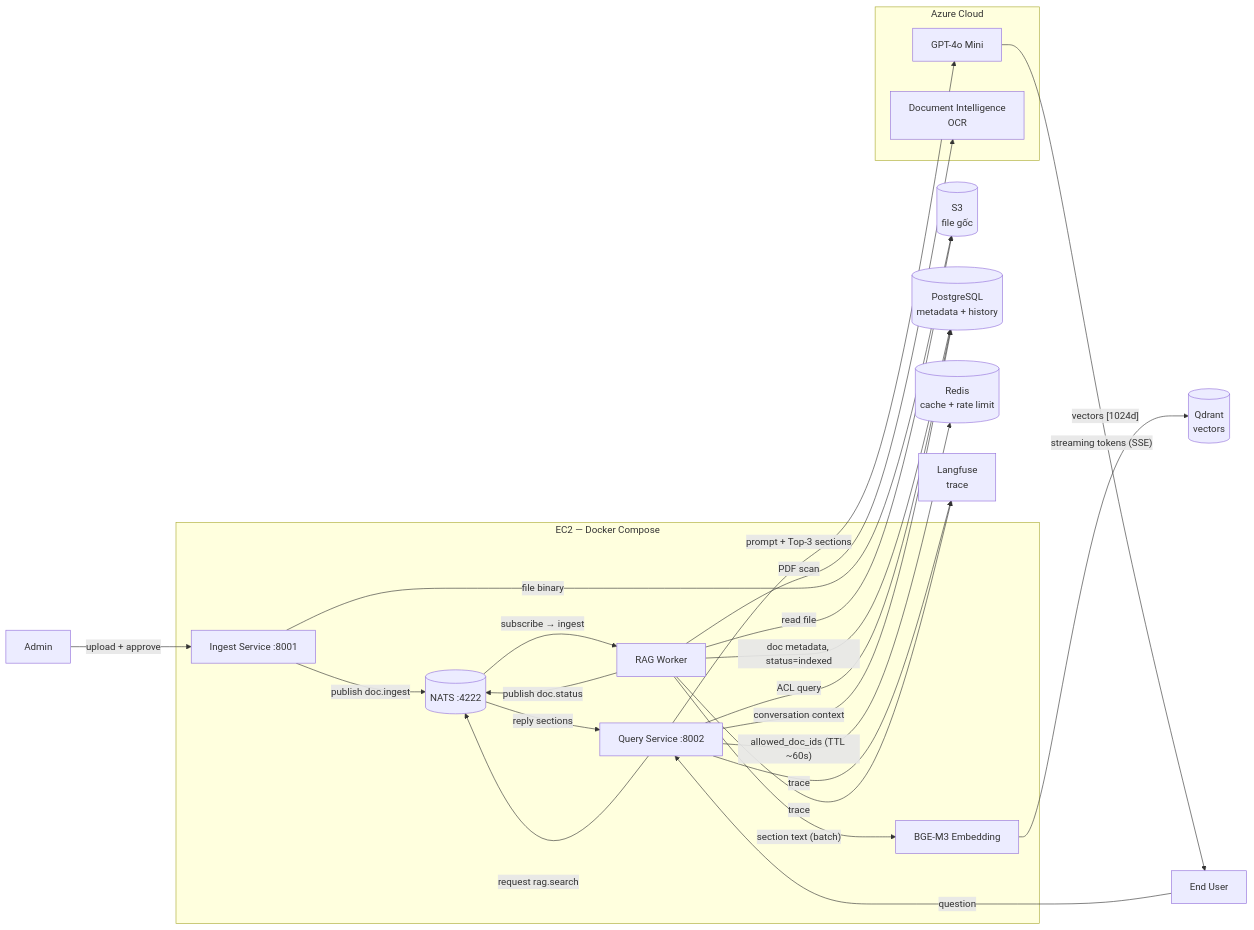
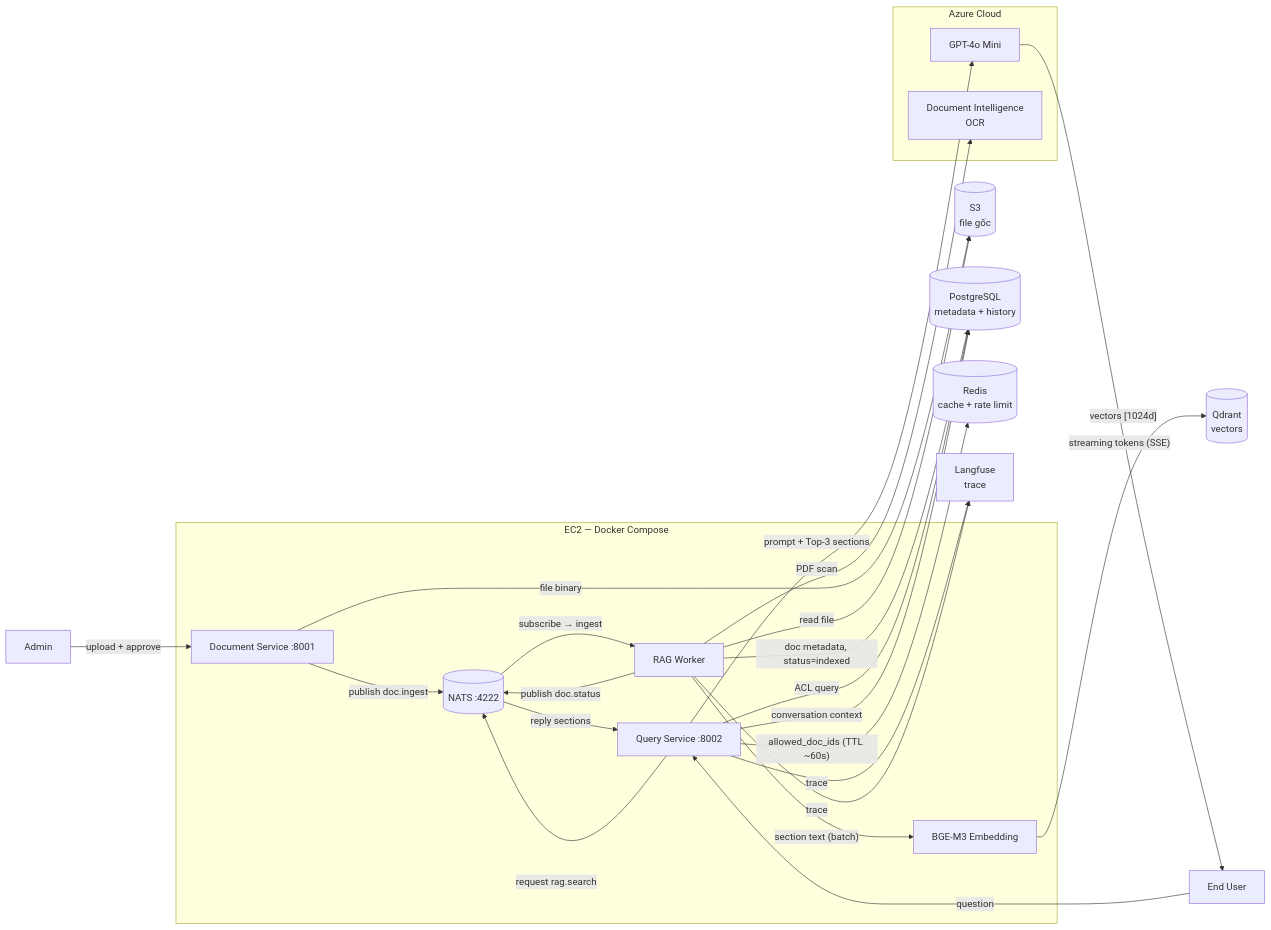
The fifth of 6 diagrams in docs/SA_RAG_Chatbot_Final.md (cds0987/DA08-VSF-AI), drawn with Mermaid before and after one commit. The commit also changed other lines of this file and 5 other files, not shown here.

````diff
--- a/docs/SA_RAG_Chatbot_Final.md
+++ b/docs/SA_RAG_Chatbot_Final.md
@@ -472,46 +476,46 @@
 ```mermaid
 flowchart LR
     ADM["Admin"]
     EU["End User"]
 
     subgraph BACKEND["EC2 — Docker Compose"]
-        INGEST["Ingest Service :8001"]
+        INGEST["Document Service :8001"]
         QUERY["Query Service :8002"]
         RAG["RAG Worker"]
         BGE["BGE-M3 Embedding"]
         NATS[("NATS :4222")]
     end
 
     S3[("S3\nfile gốc")]
     PG[("PostgreSQL\nmetadata + history")]
     QD[("Qdrant\nvectors")]
     REDIS[("Redis\ncache + rate limit")]
     LF["Langfuse\ntrace"]
 
     subgraph AZURE["Azure Cloud"]
         LLM["GPT-4o Mini"]
         OCR["Document Intelligence\nOCR"]
     end
 
     ADM -->|"upload + approve"| INGEST
     INGEST -->|"file binary"| S3
     INGEST -->|"publish doc.ingest"| NATS
     NATS -->|"subscribe → ingest"| RAG
     RAG -->|"read file"| S3
     RAG -->|"PDF scan"| OCR
     RAG -->|"section text (batch)"| BGE
     BGE -->|"vectors [1024d]"| QD
     RAG -->|"doc metadata, status=indexed"| PG
     RAG -->|"publish doc.status"| NATS
 
     EU -->|"question"| QUERY
     QUERY -->|"ACL query"| PG
     QUERY -->|"allowed_doc_ids (TTL ~60s)"| REDIS
     QUERY -->|"request rag.search"| NATS
     NATS -->|"reply sections"| QUERY
     QUERY -->|"conversation context"| PG
     QUERY -->|"prompt + Top-3 sections"| LLM
     LLM -->|"streaming tokens (SSE)"| EU
     QUERY -->|"trace"| LF
     RAG -->|"trace"| LF
 ```
````
